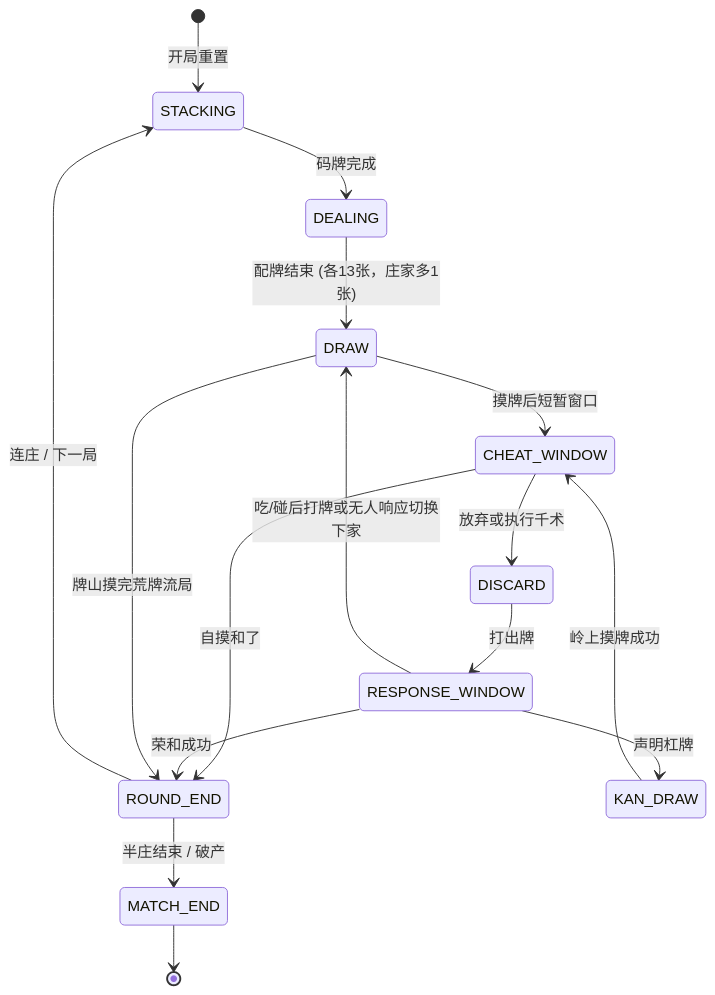
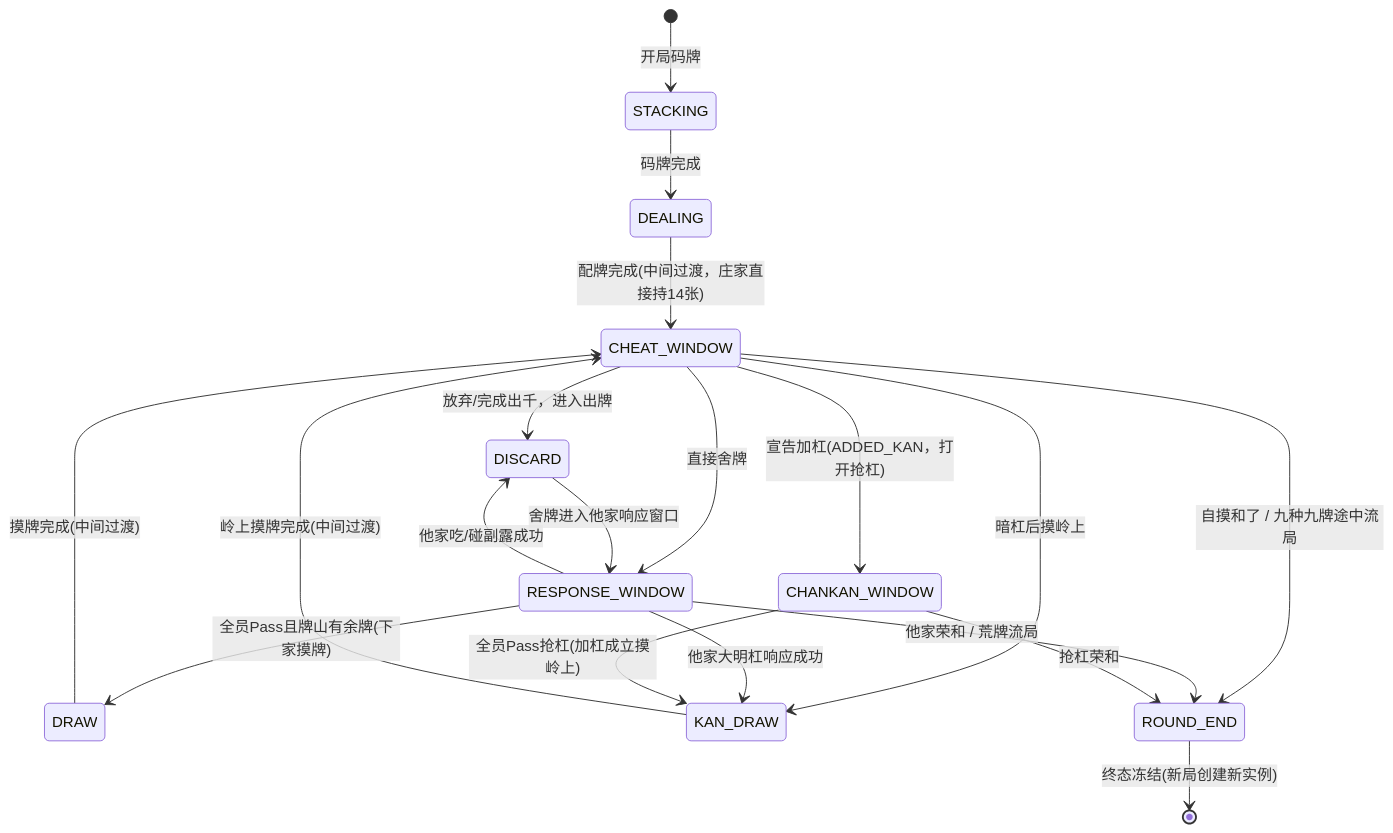
The fifth of 5 diagrams in doc/FRAMEWORK_ARCHITECTURE.md (liuchangready/majiang-game), drawn with Mermaid before and after one commit. The commit also changed other lines of this file and 18 other files, not shown here.

````diff
--- a/doc/FRAMEWORK_ARCHITECTURE.md
+++ b/doc/FRAMEWORK_ARCHITECTURE.md
@@ -207,24 +178,22 @@
 ```mermaid
 stateDiagram-v2
-    [*] --> STACKING: 开局重置
-    STACKING --> DEALING: 码牌完成
-    DEALING --> DRAW: 配牌结束 (各13张，庄家多1张)
-    
-    DRAW --> CHEAT_WINDOW: 摸牌后短暂窗口
-    CHEAT_WINDOW --> DISCARD: 放弃或执行千术
-    CHEAT_WINDOW --> ROUND_END: 自摸和了
-    
-    DISCARD --> RESPONSE_WINDOW: 打出牌
-    
-    RESPONSE_WINDOW --> ROUND_END: 荣和成功
-    RESPONSE_WINDOW --> KAN_DRAW: 声明杠牌
-    RESPONSE_WINDOW --> DRAW: 吃/碰后打牌或无人响应切换下家
-    
-    KAN_DRAW --> CHEAT_WINDOW: 岭上摸牌成功
-    
-    DRAW --> ROUND_END: 牌山摸完荒牌流局
-    
-    ROUND_END --> STACKING: 连庄 / 下一局
-    ROUND_END --> MATCH_END: 半庄结束 / 破产
-    MATCH_END --> [*]
+    direction TB
+    [*] --> STACKING : 开局码牌
+    STACKING --> DEALING : 码牌完成
+    DEALING --> CHEAT_WINDOW : 配牌完成(中间过渡，庄家直接持14张)
+    DRAW --> CHEAT_WINDOW : 摸牌完成(中间过渡)
+    CHEAT_WINDOW --> DISCARD : 放弃/完成出千，进入出牌
+    CHEAT_WINDOW --> RESPONSE_WINDOW : 直接舍牌
+    CHEAT_WINDOW --> KAN_DRAW : 暗杠后摸岭上
+    CHEAT_WINDOW --> CHANKAN_WINDOW : 宣告加杠(ADDED_KAN，打开抢杠)
+    CHEAT_WINDOW --> ROUND_END : 自摸和了 / 九种九牌途中流局
+    DISCARD --> RESPONSE_WINDOW : 舍牌进入他家响应窗口
+    RESPONSE_WINDOW --> DISCARD : 他家吃/碰副露成功
+    RESPONSE_WINDOW --> KAN_DRAW : 他家大明杠响应成功
+    RESPONSE_WINDOW --> DRAW : 全员Pass且牌山有余牌(下家摸牌)
+    RESPONSE_WINDOW --> ROUND_END : 他家荣和 / 荒牌流局
+    CHANKAN_WINDOW --> KAN_DRAW : 全员Pass抢杠(加杠成立摸岭上)
+    CHANKAN_WINDOW --> ROUND_END : 抢杠荣和
+    KAN_DRAW --> CHEAT_WINDOW : 岭上摸牌完成(中间过渡)
+    ROUND_END --> [*] : 终态冻结(新局创建新实例)
 ```
````
